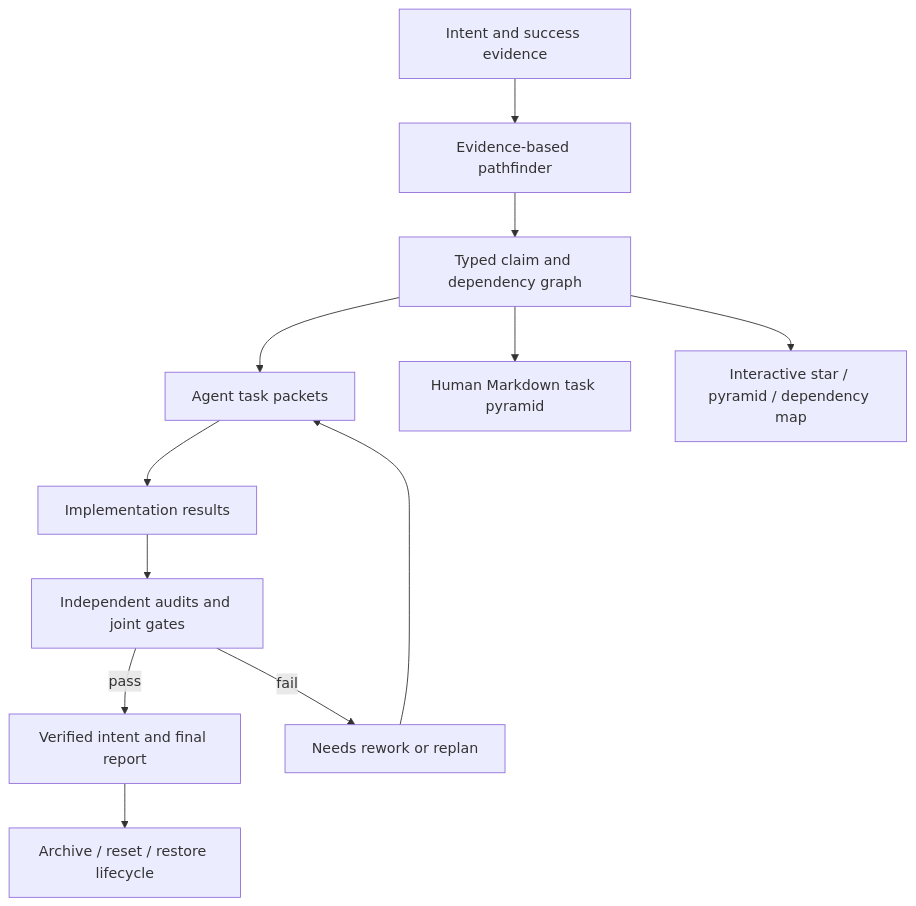
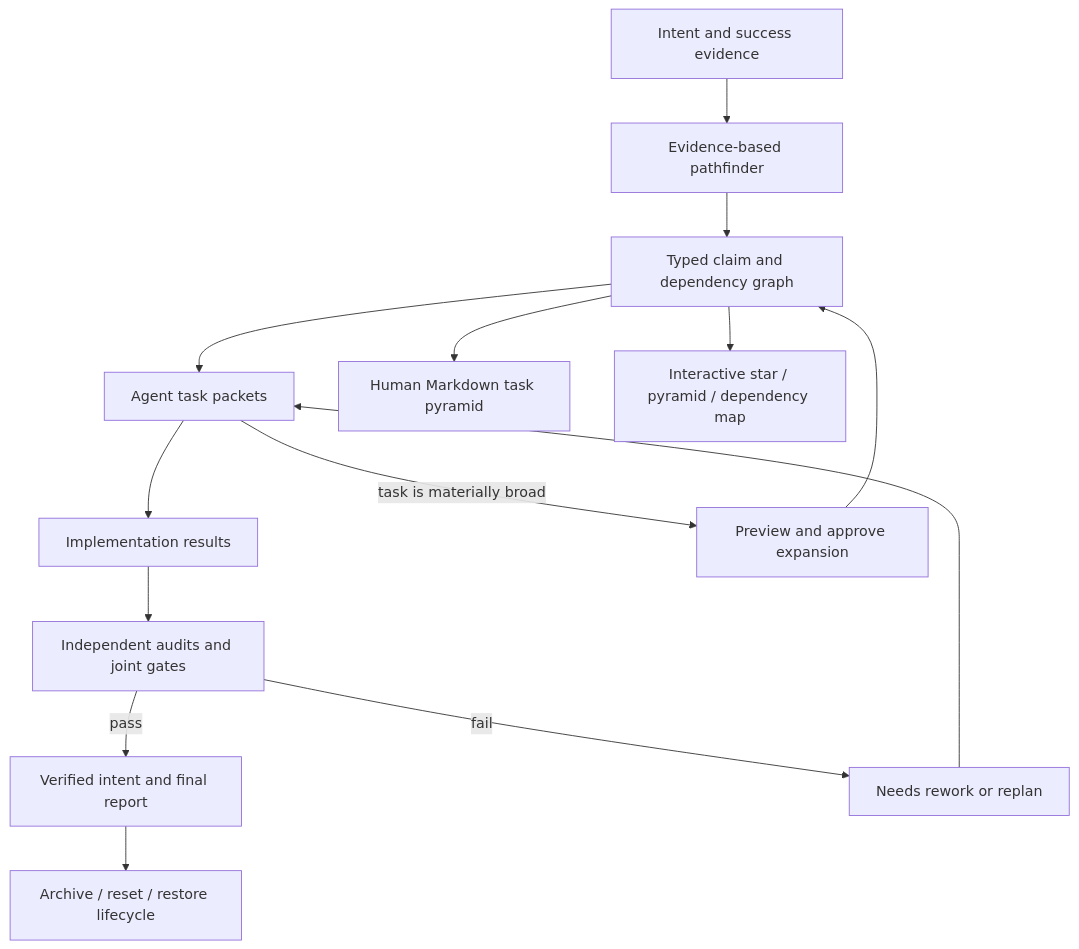
One commit to KMerdan/pyramid-task changed the diagram in README.md. Above: the diagram before and after it, drawn with Mermaid. The commit also changed other lines of this file and 25 other files, not shown here.

First line of the commit message:
Add user-approved recursive task expansion (#4)

````diff
--- a/README.md
+++ b/README.md
@@ -44,14 +45,16 @@
 ```mermaid
 flowchart TD
     I["Intent and success evidence"] --> P["Evidence-based pathfinder"]
     P --> G["Typed claim and dependency graph"]
     G --> T["Agent task packets"]
     G --> H["Human Markdown task pyramid"]
     G --> V["Interactive star / pyramid / dependency map"]
     T --> E["Implementation results"]
     E --> A["Independent audits and joint gates"]
     A -->|pass| C["Verified intent and final report"]
     A -->|fail| R["Needs rework or replan"]
     R --> T
+    T -->|task is materially broad| X["Preview and approve expansion"]
+    X --> G
     C --> L["Archive / reset / restore lifecycle"]
 ```
````
